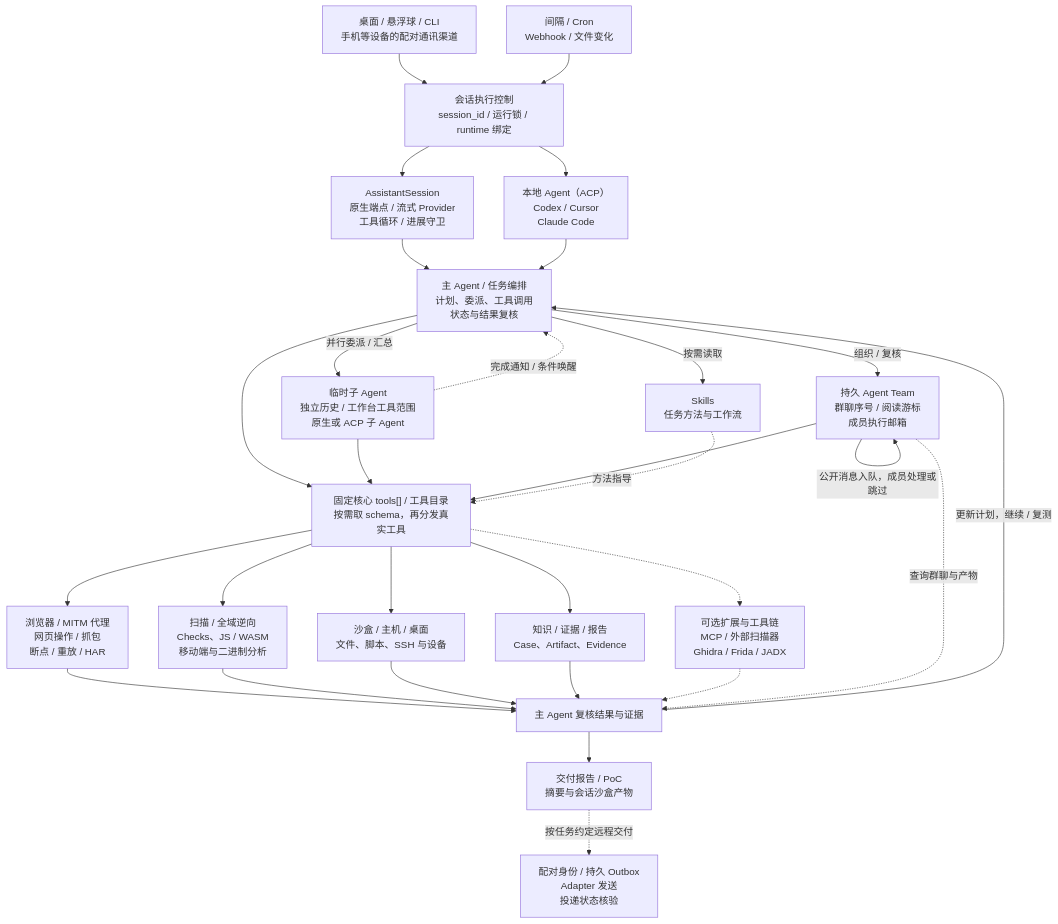
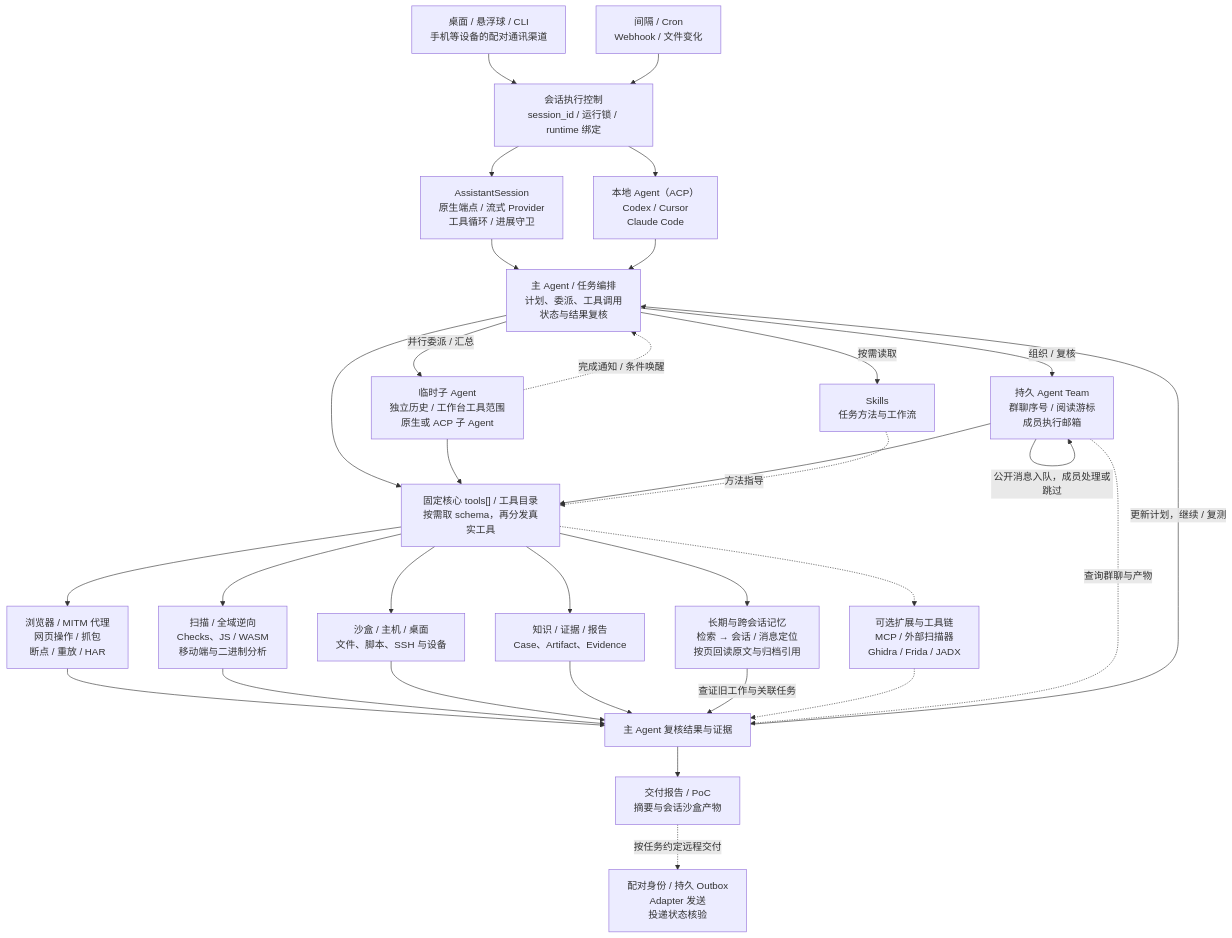
One commit to HG-ha/Argusai changed the first of 3 diagrams in README.md. Above: the diagram before and after it, drawn with Mermaid. The commit also changed other lines of this file and 7 other files, not shown here.

````diff
--- a/README.md
+++ b/README.md
@@ -44,34 +44,36 @@
 ```mermaid
 flowchart TB
     Input["桌面 / 悬浮球 / CLI<br/>手机等设备的配对通讯渠道"] --> Session["会话执行控制<br/>session_id / 运行锁 / runtime 绑定"]
     Events["间隔 / Cron<br/>Webhook / 文件变化"] --> Session
     Session --> Native["AssistantSession<br/>原生端点 / 流式 Provider<br/>工具循环 / 进展守卫"]
     Session --> ACP["本地 Agent（ACP）<br/>Codex / Cursor<br/>Claude Code"]
     Native --> Main["主 Agent / 任务编排<br/>计划、委派、工具调用<br/>状态与结果复核"]
     ACP --> Main
 
     Main -->|并行委派 / 汇总| Sub["临时子 Agent<br/>独立历史 / 工作台工具范围<br/>原生或 ACP 子 Agent"]
     Main -->|组织 / 复核| Team["持久 Agent Team<br/>群聊序号 / 阅读游标<br/>成员执行邮箱"]
     Main -->|按需读取| Skills["Skills<br/>任务方法与工作流"]
     Main --> Tools["固定核心 tools[] / 工具目录<br/>按需取 schema，再分发真实工具"]
     Sub --> Tools
     Team --> Tools
     Skills -.->|方法指导| Tools
 
     Tools --> Web["浏览器 / MITM 代理<br/>网页操作 / 抓包<br/>断点 / 重放 / HAR"]
     Tools --> Analysis["扫描 / 全域逆向<br/>Checks、JS / WASM<br/>移动端与二进制分析"]
     Tools --> Execution["沙盒 / 主机 / 桌面<br/>文件、脚本、SSH 与设备"]
     Tools --> Knowledge["知识 / 证据 / 报告<br/>Case、Artifact、Evidence"]
+    Tools --> Recall["长期与跨会话记忆<br/>检索 → 会话 / 消息定位<br/>按页回读原文与归档引用"]
     Tools -.-> Extensions["可选扩展与工具链<br/>MCP / 外部扫描器<br/>Ghidra / Frida / JADX"]
     Web --> Review["主 Agent 复核结果与证据"]
     Analysis --> Review
     Execution --> Review
     Knowledge --> Review
+    Recall -->|查证旧工作与关联任务| Review
     Extensions -.-> Review
     Review --> Delivery["交付报告 / PoC<br/>摘要与会话沙盒产物"]
     Delivery -.->|按任务约定远程交付| Outbox["配对身份 / 持久 Outbox<br/>Adapter 发送<br/>投递状态核验"]
     Review -->|更新计划，继续 / 复测| Main
     Sub -.->|完成通知 / 条件唤醒| Main
     Team -->|公开消息入队，成员处理或跳过| Team
     Team -.->|查询群聊与产物| Review
 ```
````
